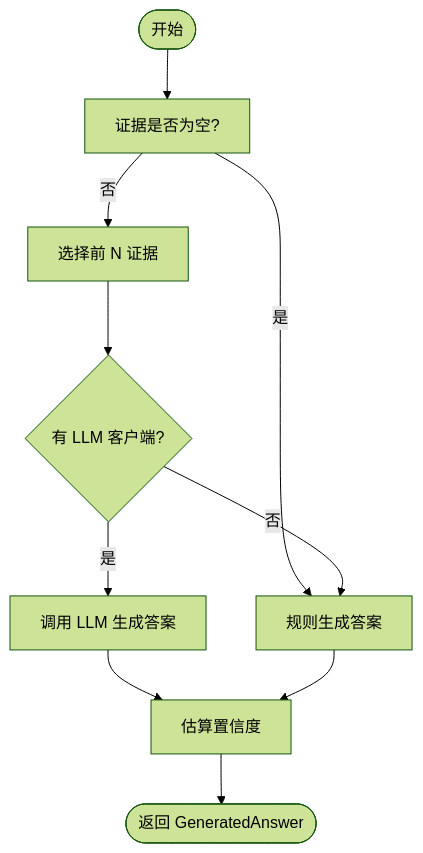
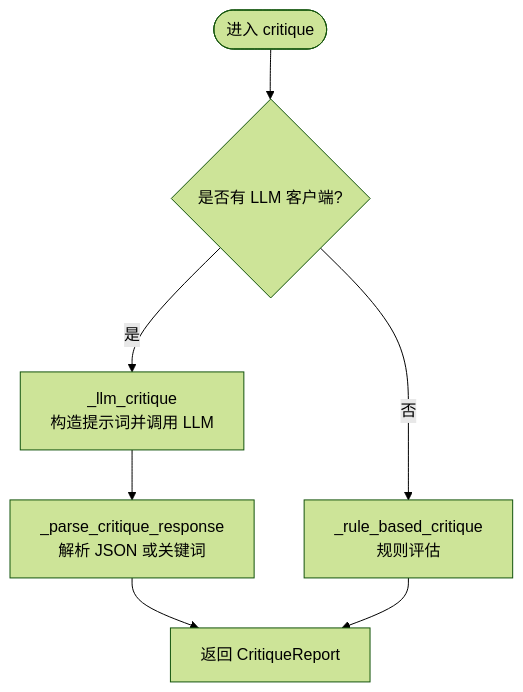
One commit to JieGaoPrinceton/NecoRAG changed the fourth of 5 diagrams in .qoder/repowiki/zh/content/巩固层模块/重构器组件.md. Above: the diagram before and after it, drawn with Mermaid (forest theme). The commit also changed other lines of this file and 181 other files, not shown here.

````diff
--- a/.qoder/repowiki/zh/content/巩固层模块/重构器组件.md
+++ b/.qoder/repowiki/zh/content/巩固层模块/重构器组件.md
@@ -180,12 +210,9 @@
 ```mermaid
 flowchart TD
-S(["开始"]) --> CheckE["证据是否为空?"]
-CheckE --> |是| Fallback["规则生成答案"]
-CheckE --> |否| Select["选择前 N 证据"]
-Select --> HasLLM{"有 LLM 客户端?"}
-HasLLM --> |是| CallLLM["调用 LLM 生成答案"]
-HasLLM --> |否| Fallback
-CallLLM --> Est["估算置信度"]
-Fallback --> Est
-Est --> Out(["返回 GeneratedAnswer"])
+StartC(["进入 critique"]) --> HasLLM{"是否有 LLM 客户端?"}
+HasLLM --> |是| LLMCritique["_llm_critique<br/>构造提示词并调用 LLM"]
+HasLLM --> |否| RuleCritique["_rule_based_critique<br/>规则评估"]
+LLMCritique --> Parse["_parse_critique_response<br/>解析 JSON 或关键词"]
+Parse --> Report["返回 CritiqueReport"]
+RuleCritique --> Report
 ```
````
